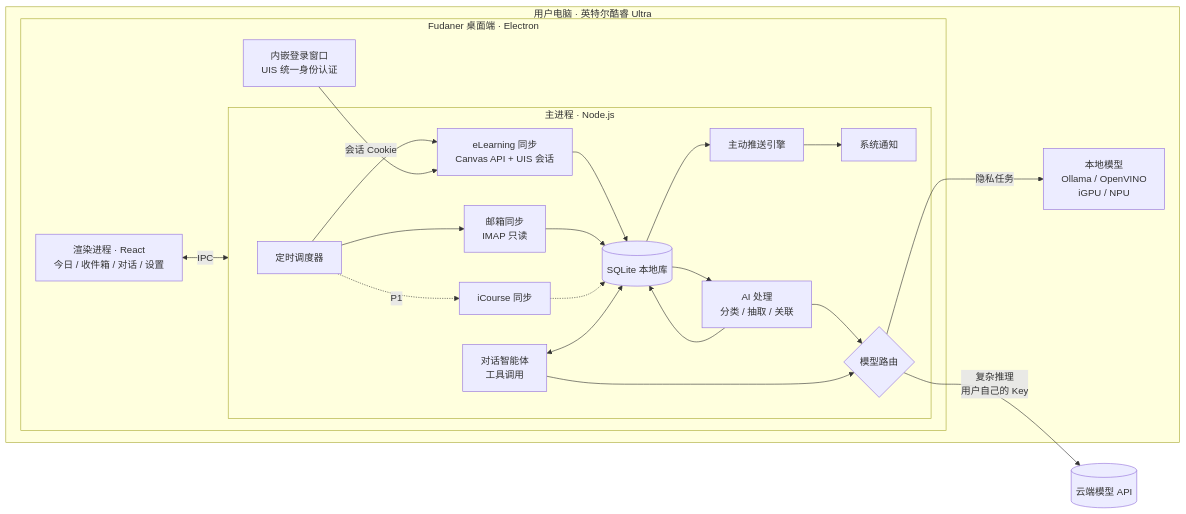
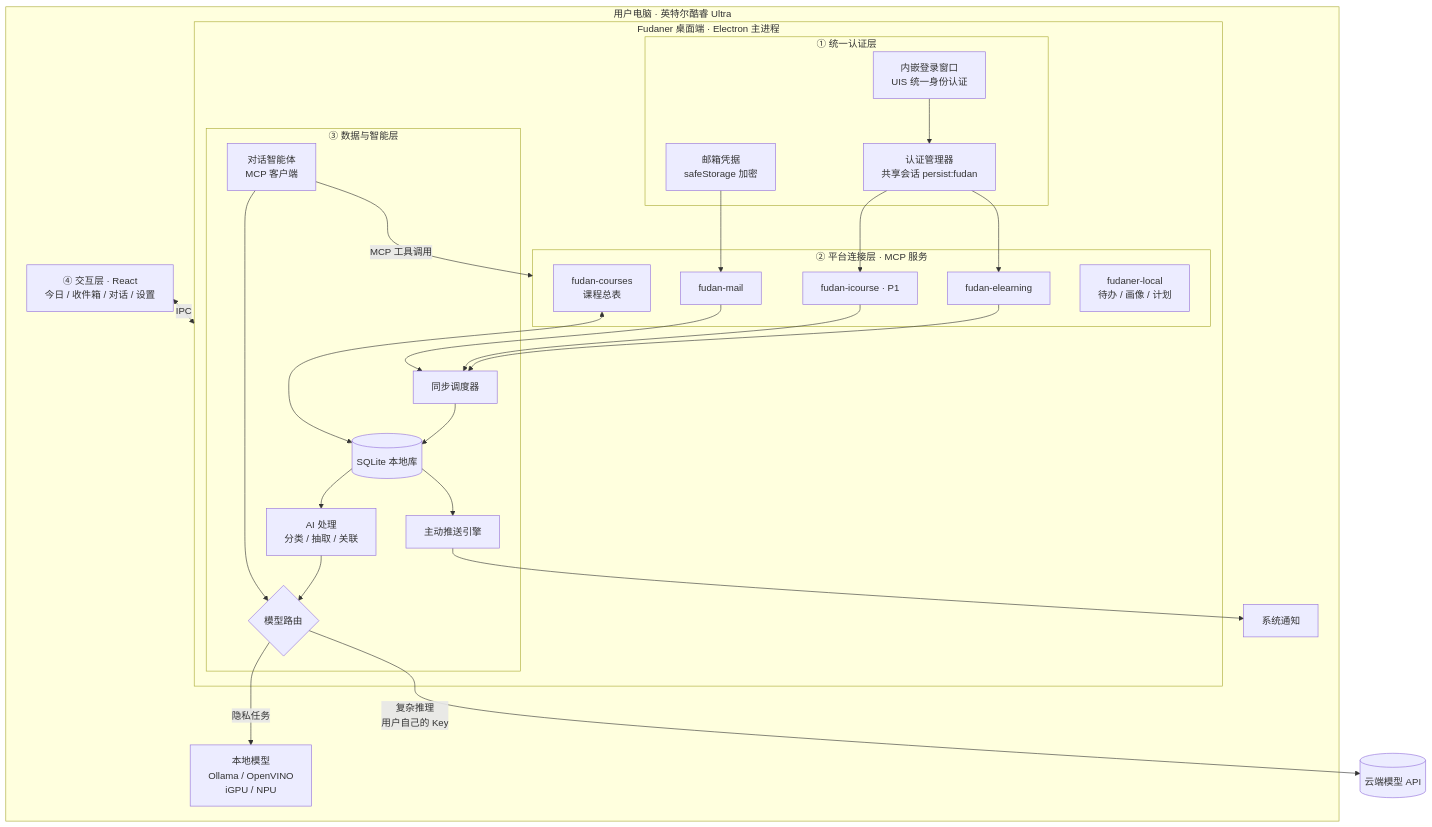
One commit to sjy0630/personal-assistant-fudaner changed the diagram in docs/PRD.md. Above: the diagram before and after it, drawn with Mermaid. The commit also changed other lines of this file, not shown here.

First line of the commit message:
PRD v0.4: unified UIS auth layer, course registry, MCP connector layer

````diff
--- a/docs/PRD.md
+++ b/docs/PRD.md
@@ -319,28 +331,41 @@
 ```mermaid
-flowchart LR
+flowchart TB
   subgraph PC[用户电脑 · 英特尔酷睿 Ultra]
-    subgraph App[Fudaner 桌面端 · Electron]
-      subgraph Main[主进程 · Node.js]
-        SCH[定时调度器] --> S1[eLearning 同步<br/>Canvas API + UIS 会话]
-        SCH --> S2[邮箱同步<br/>IMAP 只读]
-        SCH -.P1.-> S3[iCourse 同步]
-        S1 --> DB[(SQLite 本地库)]
-        S2 --> DB
-        S3 -.-> DB
+    subgraph App[Fudaner 桌面端 · Electron 主进程]
+      subgraph L1[① 统一认证层]
+        LW[内嵌登录窗口<br/>UIS 统一身份认证] --> AM[认证管理器<br/>共享会话 persist:fudan]
+        MC[邮箱凭据<br/>safeStorage 加密]
+      end
+      subgraph L2[② 平台连接层 · MCP 服务]
+        M1[fudan-elearning]
+        M2[fudan-icourse · P1]
+        M3[fudan-mail]
+        M4[fudan-courses<br/>课程总表]
+        M5[fudaner-local<br/>待办 / 画像 / 计划]
+      end
+      AM --> M1
+      AM --> M2
+      MC --> M3
+      subgraph L3[③ 数据与智能层]
+        SCH[同步调度器] --> DB[(SQLite 本地库)]
         DB --> AI[AI 处理<br/>分类 / 抽取 / 关联]
-        AI --> DB
-        DB --> PE[主动推送引擎]
-        PE --> NT[系统通知]
-        AG[对话智能体<br/>工具调用] <--> DB
+        AG[对话智能体<br/>MCP 客户端]
+        PE[主动推送引擎]
         RT{模型路由}
         AI --> RT
         AG --> RT
+        DB --> PE
       end
-      UI[渲染进程 · React<br/>今日 / 收件箱 / 对话 / 设置] <-->|IPC| Main
-      LW[内嵌登录窗口<br/>UIS 统一身份认证] -->|会话 Cookie| S1
+      M1 --> SCH
+      M2 --> SCH
+      M3 --> SCH
+      M4 <--> DB
+      AG -->|MCP 工具调用| L2
     end
+    UI[④ 交互层 · React<br/>今日 / 收件箱 / 对话 / 设置] <-->|IPC| App
+    PE --> NT[系统通知]
     LOCAL[本地模型<br/>Ollama / OpenVINO<br/>iGPU / NPU]
   end
   RT -->|隐私任务| LOCAL
   RT -->|复杂推理<br/>用户自己的 Key| CLOUD[(云端模型 API)]
 ```
````
